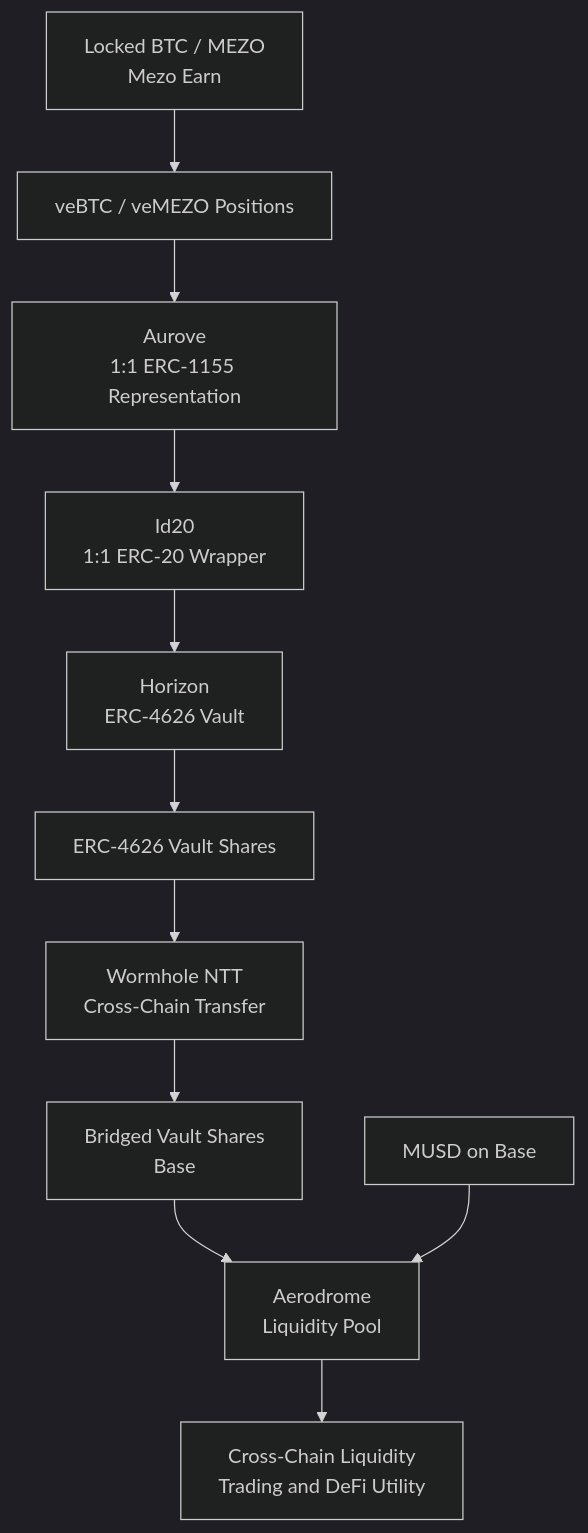
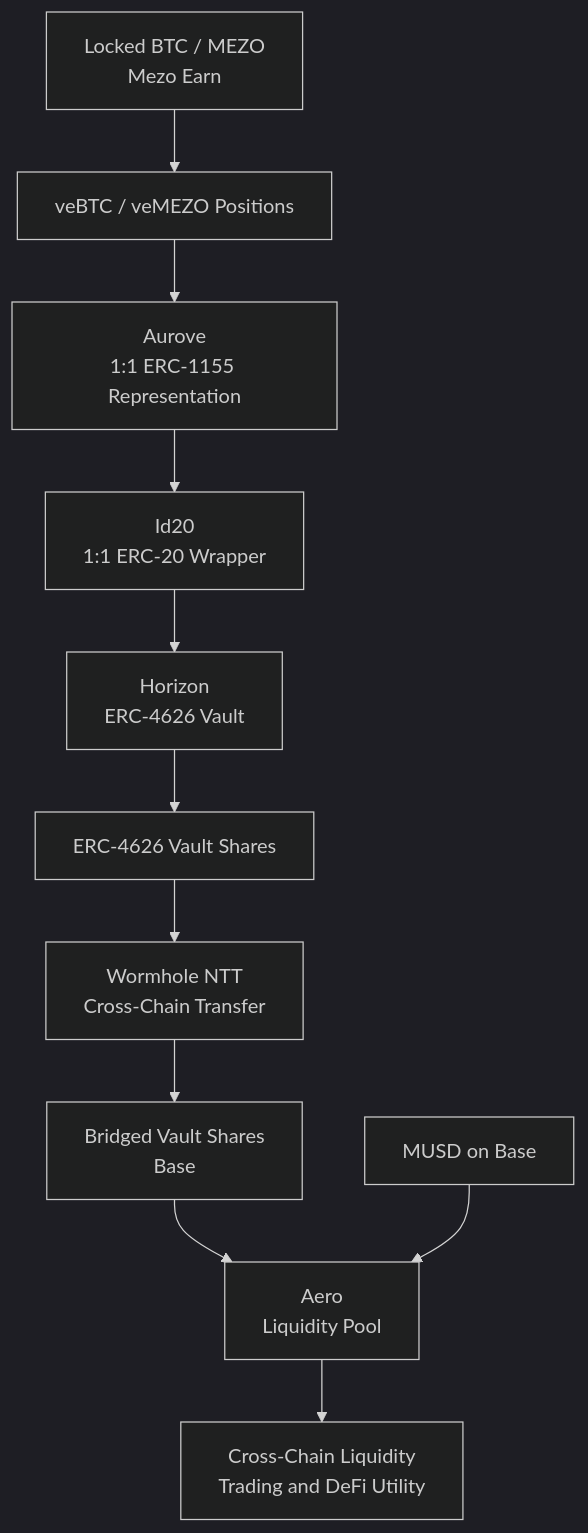
Before and after one commit to aurove/horizon: the diagram in README.md, drawn with Mermaid (dark theme). The commit also changed other lines of this file and 6 other files, not shown here.

First line of the commit message:
docs: rename Aerodrome to Aero across Horizon

````diff
--- a/README.md
+++ b/README.md
@@ -43,14 +43,14 @@
 ```mermaid
 flowchart TD
     A["Locked BTC / MEZO<br/>Mezo Earn"] --> B["veBTC / veMEZO Positions"]
     B --> C["Aurove<br/>1:1 ERC-1155 Representation"]
     C --> D["Id20<br/>1:1 ERC-20 Wrapper"]
     D --> E["Horizon<br/>ERC-4626 Vault"]
     E --> F["ERC-4626 Vault Shares"]
     F --> G["Wormhole NTT<br/>Cross-Chain Transfer"]
     G --> H["Bridged Vault Shares<br/>Base"]
-    H --> I["Aerodrome<br/>Liquidity Pool"]
+    H --> I["Aero<br/>Liquidity Pool"]
     J["MUSD on Base"] --> I
 
     I --> K["Cross-Chain Liquidity<br/>Trading and DeFi Utility"]
 ```
````
